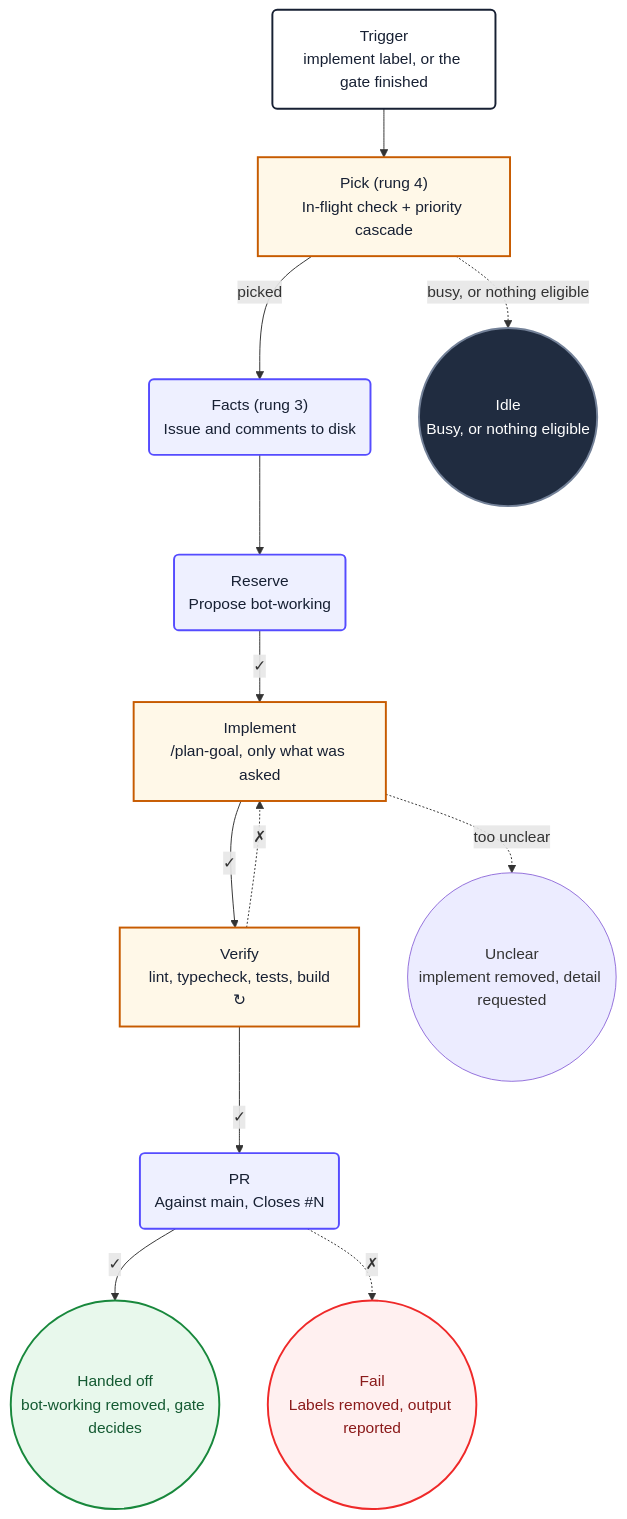
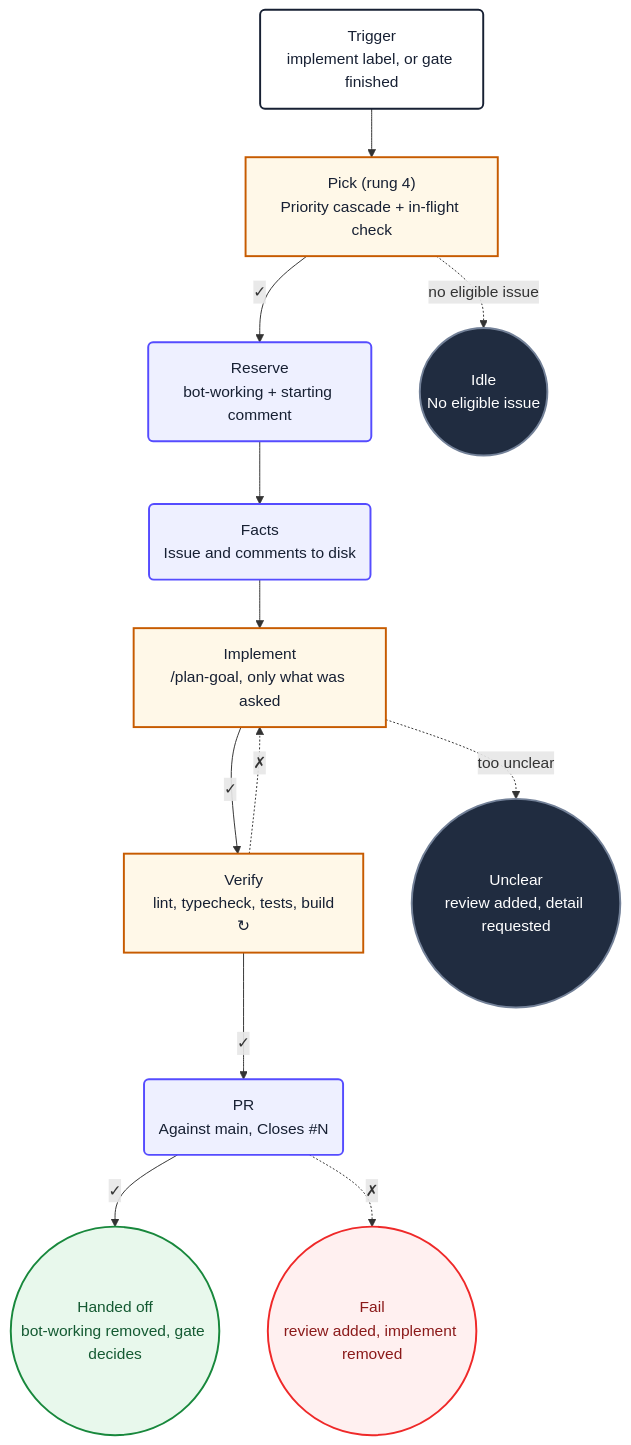
One commit to PlainConceptsPlatform/Foundations changed the diagram in ai/workflows/implement.md. Above: the diagram before and after it, drawn with Mermaid. The commit also changed other lines of this file and 33 other files, not shown here.

````diff
--- a/ai/workflows/implement.md
+++ b/ai/workflows/implement.md
@@ -205,32 +306,31 @@
 ```mermaid
 flowchart TD
-    implStart("Trigger<br/>implement label, or the gate finished") --> implPick
-    implPick["Pick (rung 4)<br/>In-flight check + priority cascade"] -->|picked| implFacts
-    implPick -.->|busy, or nothing eligible| implIdle
-    implFacts("Facts (rung 3)<br/>Issue and comments to disk") --> implReserve
-    implReserve("Reserve<br/>Propose bot-working") -->|✓| implCode
+    implStart("Trigger<br/>implement label, or gate finished") --> implPick
+    implPick["Pick (rung 4)<br/>Priority cascade + in-flight check"] -->|✓| implReserve
+    implPick -.->|no eligible issue| implIdle
+    implReserve("Reserve<br/>bot-working + starting comment") --> implFacts
+    implFacts("Facts<br/>Issue and comments to disk") --> implCode
     implCode["Implement<br/>/plan-goal, only what was asked"] -->|✓| implVerify
     implCode -.->|too unclear| implUnclear
     implVerify["Verify<br/>lint, typecheck, tests, build<br/>↻"] -->|✓| implPr
     implVerify -.->|✗| implCode
     implPr("PR<br/>Against main, Closes #N") -->|✓| implHandoff
     implPr -.->|✗| implFail
     implHandoff(("Handed off<br/>bot-working removed, gate decides"))
-    implUnclear(("Unclear<br/>implement removed, detail requested"))
-    implIdle(("Idle<br/>Busy, or nothing eligible"))
-    implFail(("Fail<br/>Labels removed, output reported"))
+    implUnclear(("Unclear<br/>review added, detail requested"))
+    implIdle(("Idle<br/>No eligible issue"))
+    implFail(("Fail<br/>review added, implement removed"))
 
     classDef start fill:#ffffff,stroke:#172033,stroke-width:2px,color:#172033
     classDef action fill:#eef0ff,stroke:#554cff,stroke-width:2px,color:#172033
     classDef decision fill:#fff8e8,stroke:#c75b00,stroke-width:2px,color:#172033
     classDef idle fill:#202c40,stroke:#738198,stroke-width:2px,color:#ffffff
     classDef failure fill:#fff0f0,stroke:#ef2929,stroke-width:2px,color:#8b1a1a
     classDef success fill:#e8f8ec,stroke:#18883c,stroke-width:2px,color:#145a32
-
     class implStart start
-    class implFacts,implReserve,implPr action
+    class implReserve,implFacts,implPr action
     class implPick,implCode,implVerify decision
-    class implIdle idle
+    class implIdle,implUnclear idle
     class implFail failure
     class implHandoff success
 ```
````
